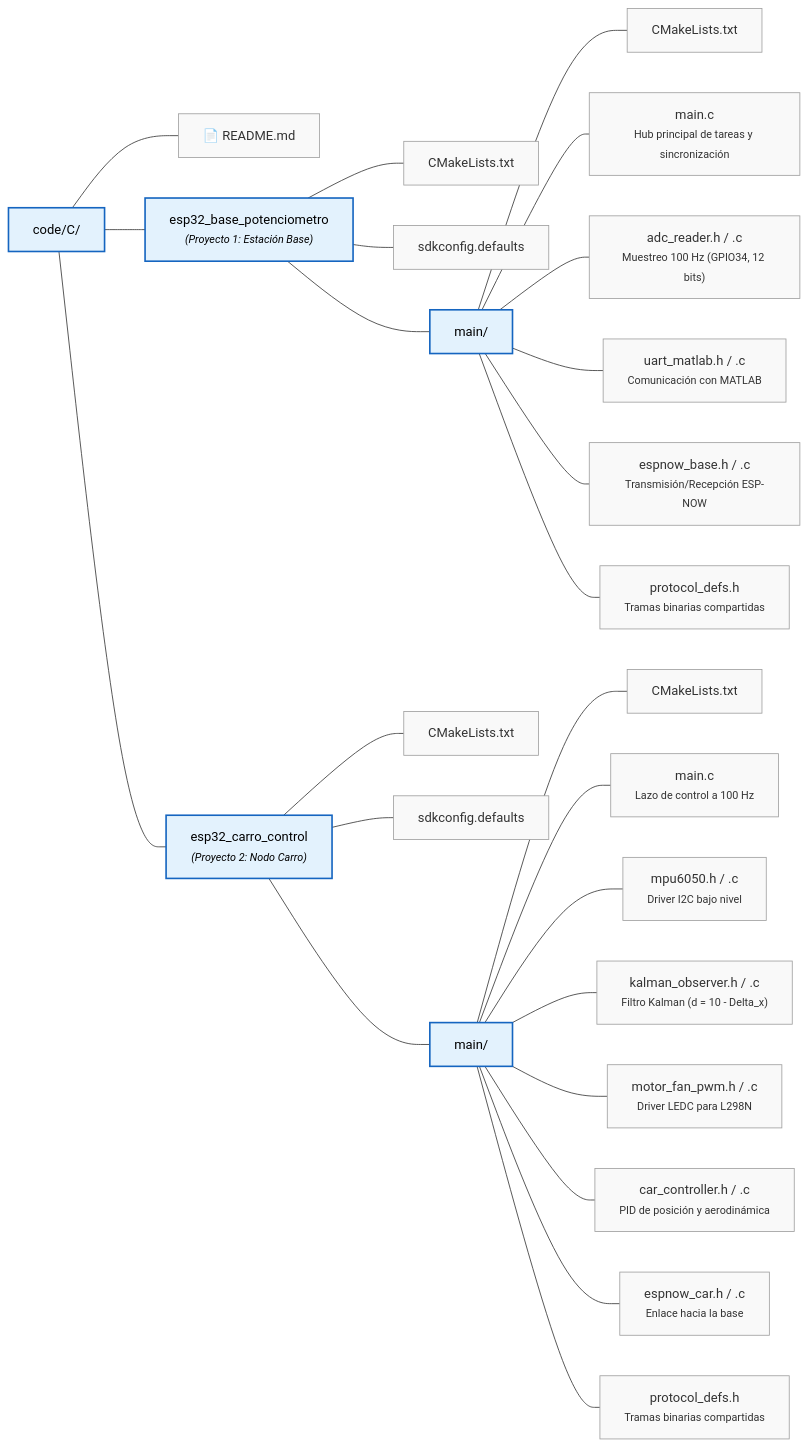
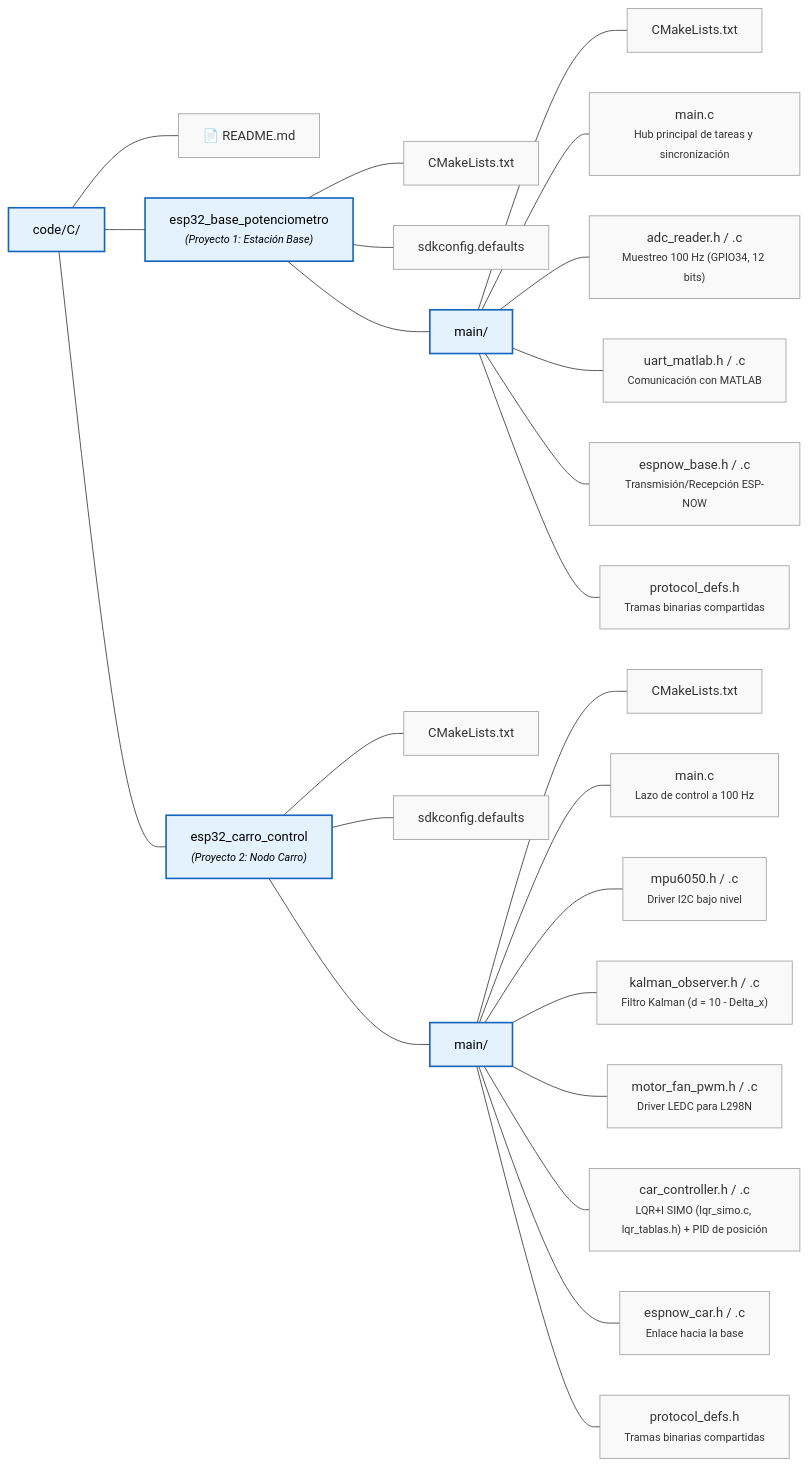
Before and after one commit to SirJuanGod/Matlab-Car-Control-: the diagram in code/C/README.md, drawn with Mermaid. The commit also changed other lines of this file and 46 other files, not shown here.

First line of the commit message:
Run the LQR+I SIMO on the car ESP32; GUI only reads and sends setpoints

````diff
--- a/code/C/README.md
+++ b/code/C/README.md
@@ -9,44 +9,44 @@
 ```mermaid
 flowchart LR
     %% Definición de la raíz
     ROOT[" code/C/"]
 
     %% Archivo en la raíz
     ROOT --- README["📄 README.md"]
 
     %% ================= PROYECTO 1 =================
     ROOT --- P1[" esp32_base_potenciometro<br><small><i>(Proyecto 1: Estación Base)</i></small>"]
     P1 --- P1_CML[" CMakeLists.txt"]
     P1 --- P1_SDK[" sdkconfig.defaults"]
     P1 --- P1_MAIN[" main/"]
 
     P1_MAIN --- P1_MAIN_CML[" CMakeLists.txt"]
     P1_MAIN --- P1_MAIN_C[" main.c<br><small>Hub principal de tareas y sincronización</small>"]
     P1_MAIN --- P1_ADC[" adc_reader.h / .c<br><small>Muestreo 100 Hz (GPIO34, 12 bits)</small>"]
     P1_MAIN --- P1_UART[" uart_matlab.h / .c<br><small>Comunicación con MATLAB</small>"]
     P1_MAIN --- P1_ESPNOW[" espnow_base.h / .c<br><small>Transmisión/Recepción ESP-NOW</small>"]
     P1_MAIN --- P1_PROTO[" protocol_defs.h<br><small>Tramas binarias compartidas</small>"]
 
     %% ================= PROYECTO 2 =================
     ROOT --- P2[" esp32_carro_control<br><small><i>(Proyecto 2: Nodo Carro)</i></small>"]
     P2 --- P2_CML[" CMakeLists.txt"]
     P2 --- P2_SDK[" sdkconfig.defaults"]
     P2 --- P2_MAIN[" main/"]
 
     P2_MAIN --- P2_MAIN_CML[" CMakeLists.txt"]
     P2_MAIN --- P2_MAIN_C[" main.c<br><small>Lazo de control a 100 Hz</small>"]
     P2_MAIN --- P2_MPU[" mpu6050.h / .c<br><small>Driver I2C bajo nivel</small>"]
     P2_MAIN --- P2_KALMAN[" kalman_observer.h / .c<br><small>Filtro Kalman (d = 10 - Delta_x)</small>"]
     P2_MAIN --- P2_MOTOR[" motor_fan_pwm.h / .c<br><small>Driver LEDC para L298N</small>"]
-    P2_MAIN --- P2_CAR[" car_controller.h / .c<br><small>PID de posición y aerodinámica</small>"]
+    P2_MAIN --- P2_CAR[" car_controller.h / .c<br><small>LQR+I SIMO (lqr_simo.c, lqr_tablas.h) + PID de posición</small>"]
     P2_MAIN --- P2_ESPNOW[" espnow_car.h / .c<br><small>Enlace hacia la base</small>"]
     P2_MAIN --- P2_PROTO[" protocol_defs.h<br><small>Tramas binarias compartidas</small>"]
 
     %% ================= ESTILOS =================
     classDef folder fill:#e3f2fd,stroke:#1565c0,stroke-width:2px,color:#000;
     classDef file fill:#f9f9f9,stroke:#9e9e9e,stroke-width:1px,color:#333;
 
     %% Aplicación de estilos
     class ROOT,P1,P1_MAIN,P2,P2_MAIN folder;
     class README,P1_CML,P1_SDK,P1_MAIN_CML,P1_MAIN_C,P1_ADC,P1_UART,P1_ESPNOW,P1_PROTO,P2_CML,P2_SDK,P2_MAIN_CML,P2_MAIN_C,P2_MPU,P2_KALMAN,P2_MOTOR,P2_CAR,P2_ESPNOW,P2_PROTO file;
 ```
````
